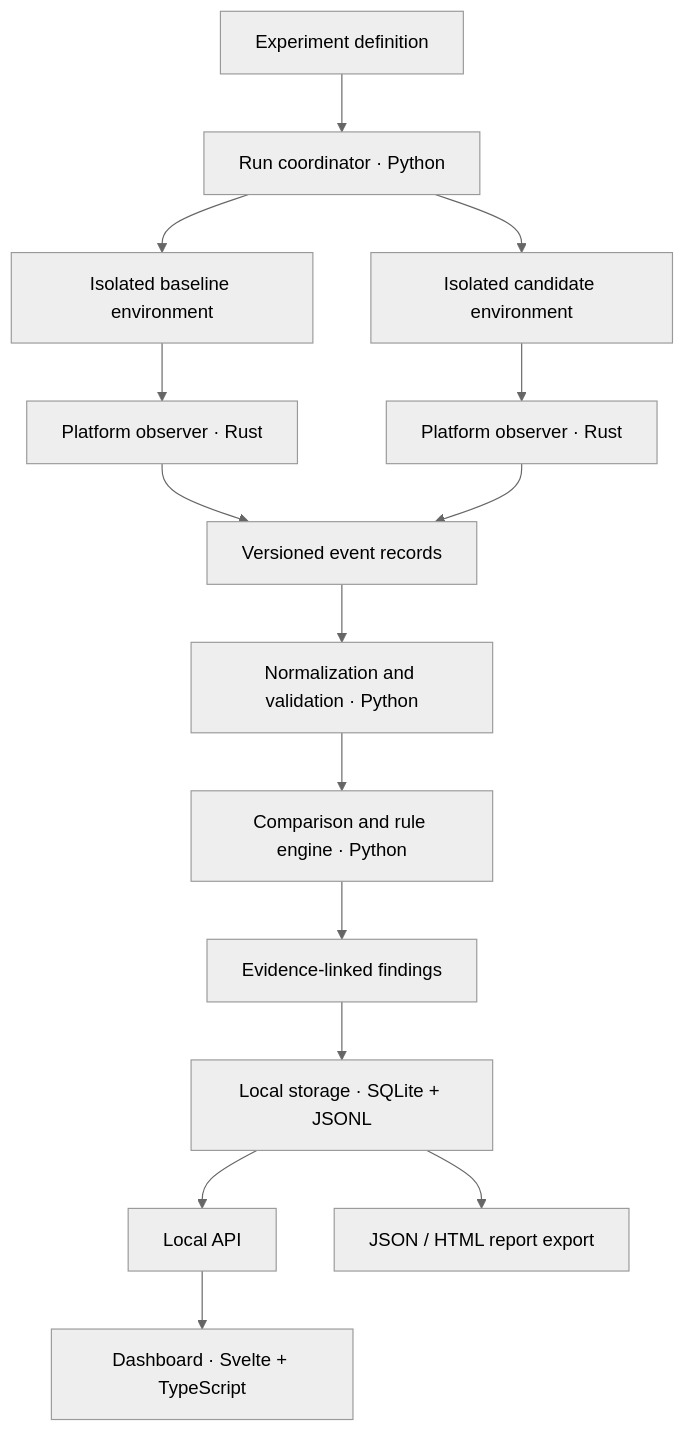
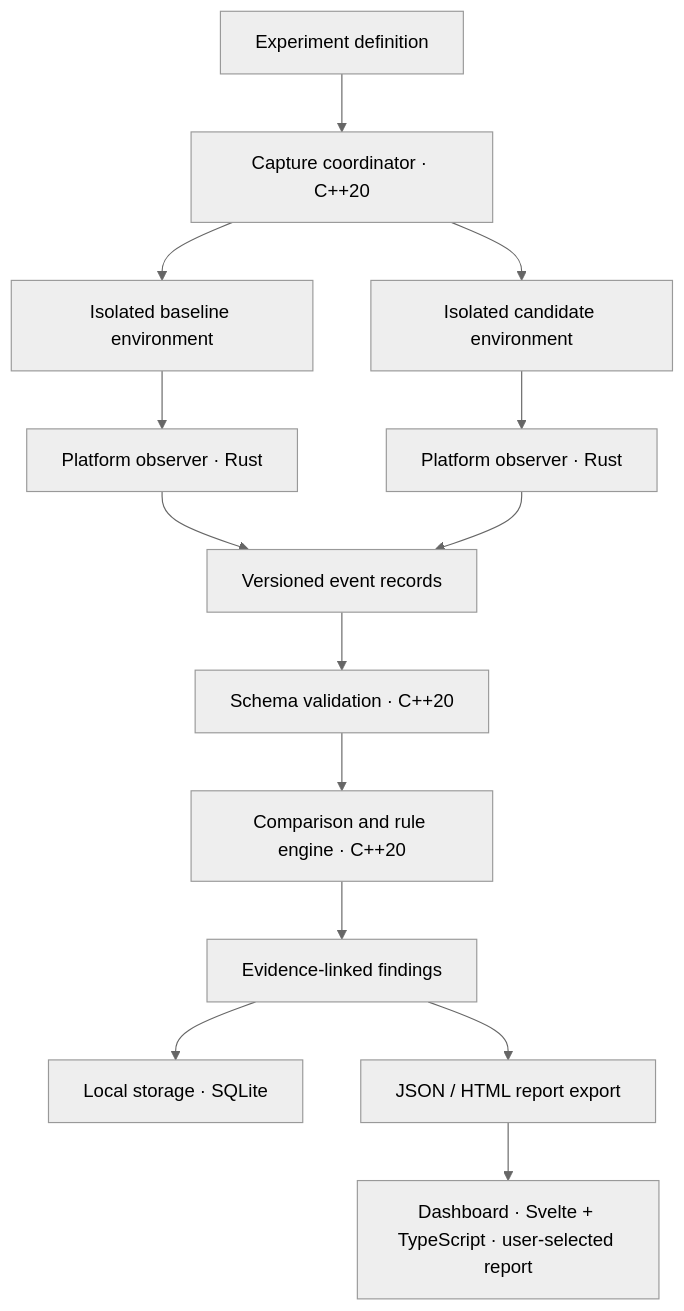
The diagram in README.md (VireonNoctis/Driftglass), drawn with Mermaid (neutral theme) before and after one commit. The commit also changed other lines of this file and 67 other files, not shown here.

````diff
--- a/README.md
+++ b/README.md
@@ -206,17 +206,16 @@
 ```mermaid
 flowchart TD
-    A["Experiment definition"] --> B["Run coordinator · Python"]
+    A["Experiment definition"] --> B["Capture coordinator · C++20"]
     B --> C["Isolated baseline environment"]
     B --> D["Isolated candidate environment"]
     C --> E["Platform observer · Rust"]
     D --> F["Platform observer · Rust"]
     E --> G["Versioned event records"]
     F --> G
-    G --> H["Normalization and validation · Python"]
-    H --> I["Comparison and rule engine · Python"]
+    G --> H["Schema validation · C++20"]
+    H --> I["Comparison and rule engine · C++20"]
     I --> J["Evidence-linked findings"]
-    J --> K["Local storage · SQLite + JSONL"]
-    K --> L["Local API"]
-    L --> M["Dashboard · Svelte + TypeScript"]
-    K --> N["JSON / HTML report export"]
+    J --> K["Local storage · SQLite"]
+    J --> N["JSON / HTML report export"]
+    N --> M["Dashboard · Svelte + TypeScript · user-selected report"]
 ```
````
